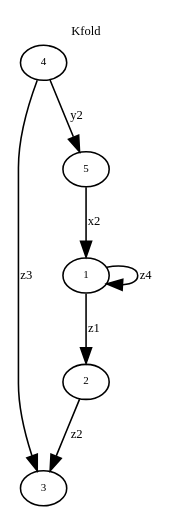
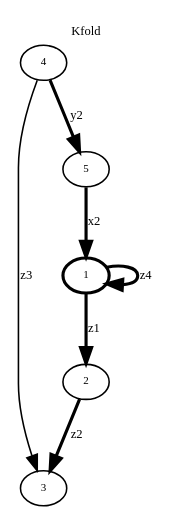
One commit to AndrewDuncan/Doublecoset changed the diagram in python/genfold/cex_checked/Kfolding.gv. Above: the diagram before and after it, drawn with Graphviz. The commit also changed 6 other files, not shown here.

```diff
--- a/python/genfold/cex_checked/Kfolding.gv
+++ b/python/genfold/cex_checked/Kfolding.gv
@@ -1,12 +1,12 @@
 digraph Kfold {
-"Kv1" [label="1",fontsize=7,width=.01,height=.01];
-"Kv1" -> "Kv1" [label="z4",fontsize=8];
-"Kv1" -> "Kv2" [label="z1",fontsize=8];
+"Kv1" [label="1",fontsize=7,width=.01,height=.01,style="bold"];
+"Kv1" -> "Kv1" [label="z4",fontsize=8,style="bold"];
+"Kv1" -> "Kv2" [label="z1",fontsize=8,style="bold"];
 "Kv2" [label="2",fontsize=7,width=.01,height=.01];
-"Kv2" -> "Kv3" [label="z2",fontsize=8];
+"Kv2" -> "Kv3" [label="z2",fontsize=8,style="bold"];
 "Kv3" [label="3",fontsize=7,width=.01,height=.01];
 "Kv4" [label="4",fontsize=7,width=.01,height=.01];
-"Kv4" -> "Kv5" [label="y2",fontsize=8];
+"Kv4" -> "Kv5" [label="y2",fontsize=8,style="bold"];
 "Kv4" -> "Kv3" [label="z3",fontsize=8];
 "Kv5" [label="5",fontsize=7,width=.01,height=.01];
-"Kv5" -> "Kv1" [label="x2",fontsize=8];labelloc="t";fontsize=8;label= "Kfold" ;}
+"Kv5" -> "Kv1" [label="x2",fontsize=8,style="bold"];labelloc="t";fontsize=8;label= "Kfold" ;}
```
